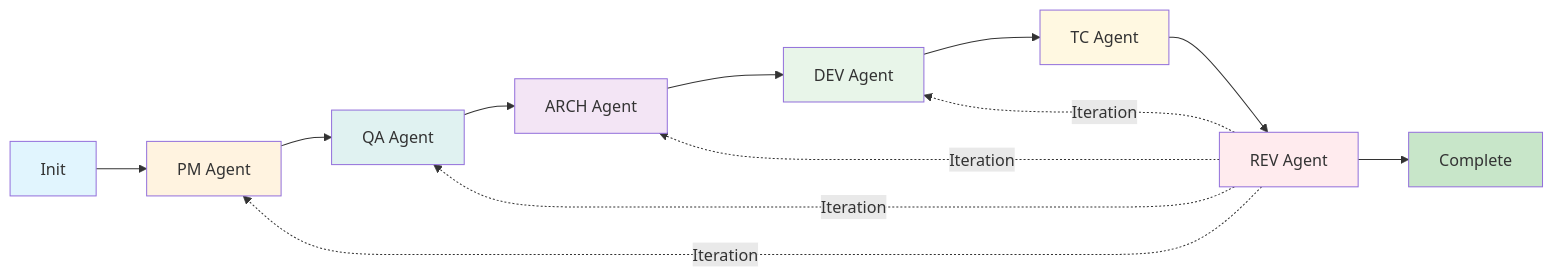
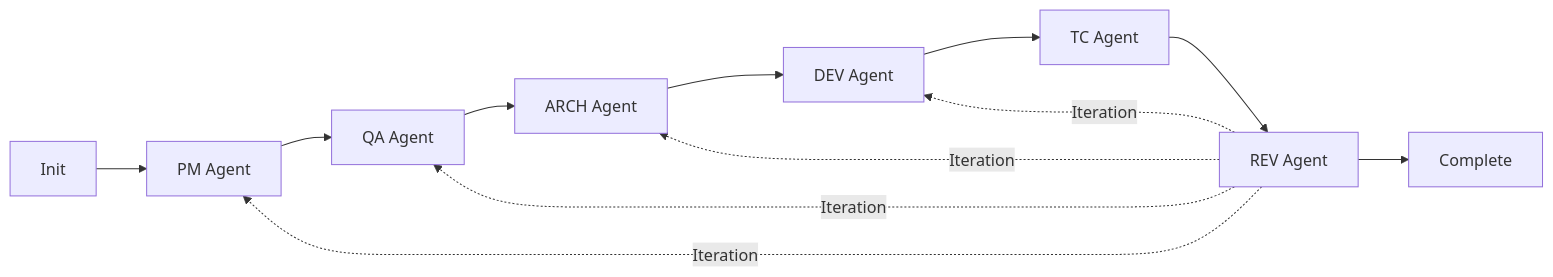
The diagram in templates/CLAUDE.md (HuveD/sdd-agents), drawn with Mermaid before and after one commit. The commit also changed other lines of this file, not shown here.

````diff
--- a/templates/CLAUDE.md
+++ b/templates/CLAUDE.md
@@ -49,24 +56,15 @@
 ```mermaid
 graph LR
     A[Init] --> B[PM Agent]
     B --> C[QA Agent]
     C --> D[ARCH Agent]
     D --> E[DEV Agent]
     E --> F[TC Agent]
     F --> G[REV Agent]
     G --> H[Complete]
     
     G -.->|Iteration| B
     G -.->|Iteration| C
     G -.->|Iteration| D
     G -.->|Iteration| E
-    
-    style A fill:#e1f5fe
-    style B fill:#fff3e0
-    style C fill:#e0f2f1
-    style D fill:#f3e5f5
-    style E fill:#e8f5e9
-    style F fill:#fff8e1
-    style G fill:#ffebee
-    style H fill:#c8e6c9
 ```
````
